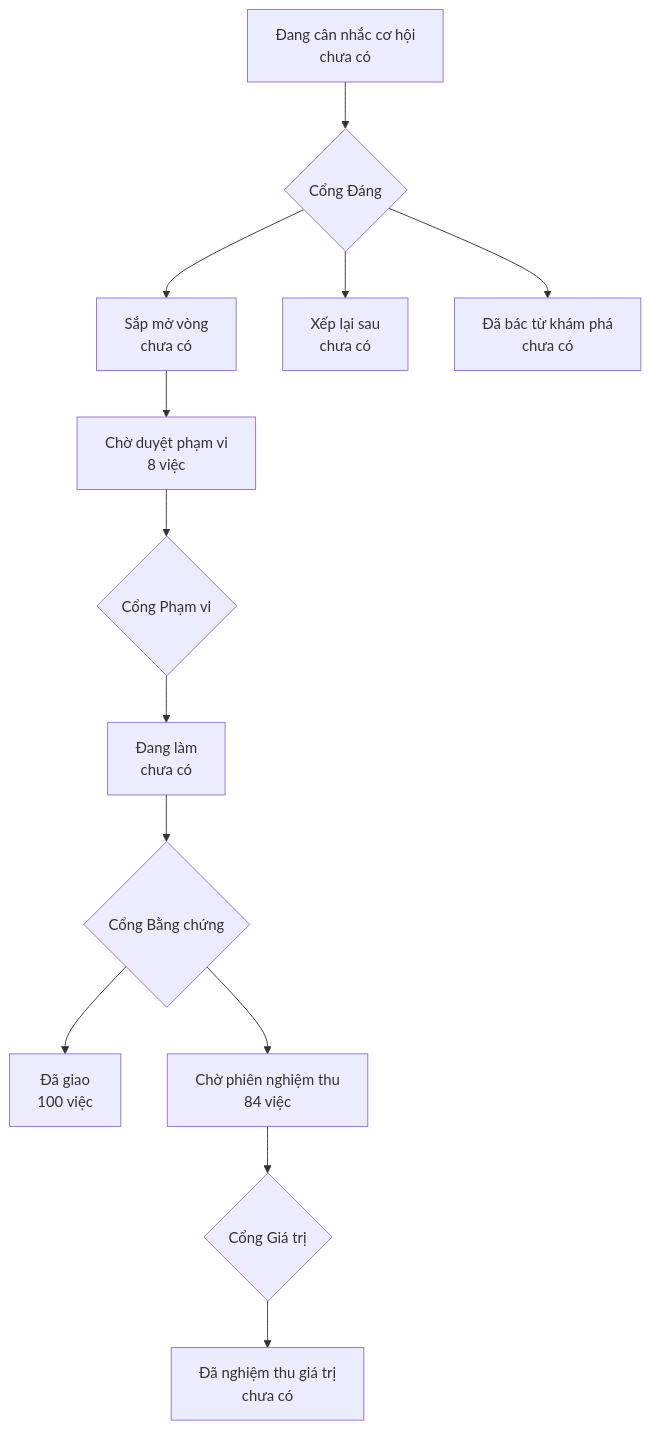
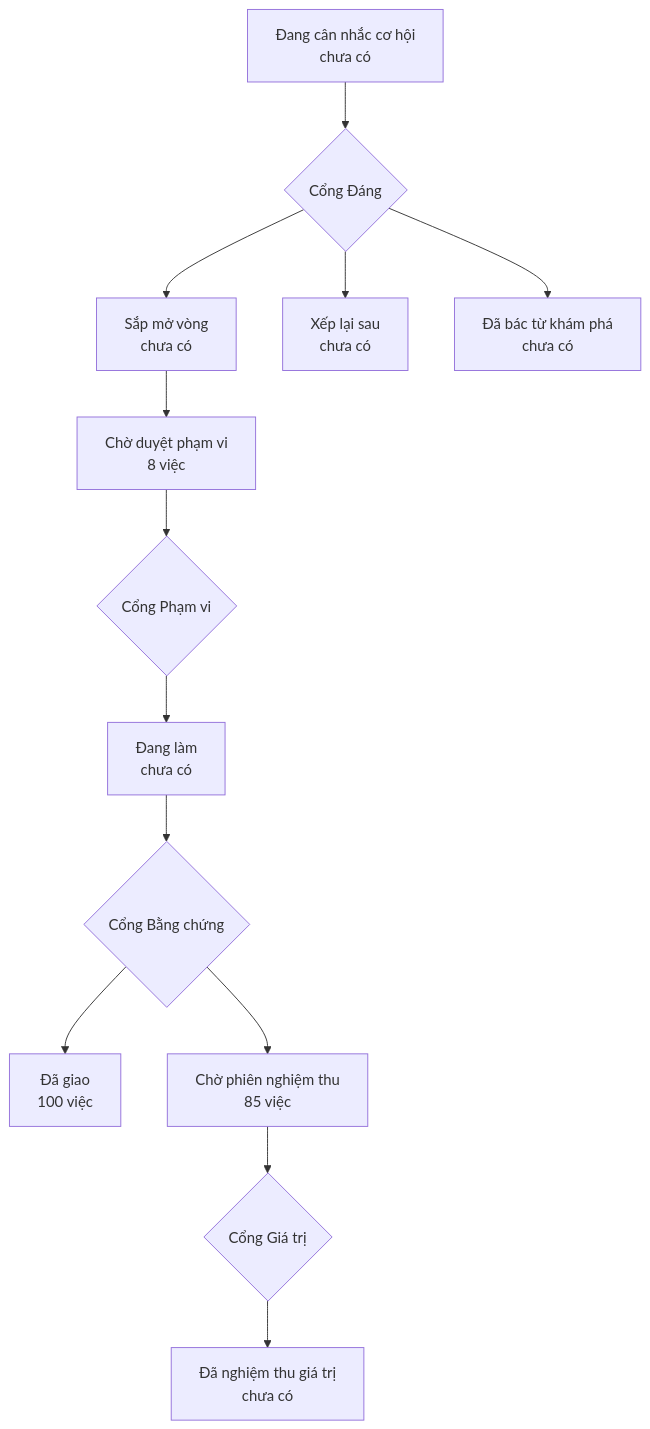
The diagram in PRODUCT-MAP.md (phanlemanh/onehub-invest), drawn with Mermaid before and after one commit. The commit also changed other lines of this file and 1 other file, not shown here.

Commit message:
chore(acceptance): vẽ lại bản đồ sau khi gộp main

````diff
--- a/PRODUCT-MAP.md
+++ b/PRODUCT-MAP.md
@@ -7,12 +7,12 @@
 ```mermaid
 flowchart TD
   A["Đang cân nhắc cơ hội<br/>chưa có"] --> GD{"Cổng Đáng"}
   GD --> B["Sắp mở vòng<br/>chưa có"]
   GD --> XL["Xếp lại sau<br/>chưa có"]
   GD --> DB["Đã bác từ khám phá<br/>chưa có"]
   B --> CD["Chờ duyệt phạm vi<br/>8 việc"] --> GP{"Cổng Phạm vi"}
   GP --> DL["Đang làm<br/>chưa có"] --> GB{"Cổng Bằng chứng"}
   GB --> DG["Đã giao<br/>100 việc"]
-  GB --> CN["Chờ phiên nghiệm thu<br/>84 việc"] --> GG{"Cổng Giá trị"}
+  GB --> CN["Chờ phiên nghiệm thu<br/>85 việc"] --> GG{"Cổng Giá trị"}
   GG --> NT["Đã nghiệm thu giá trị<br/>chưa có"]
 ```
````
